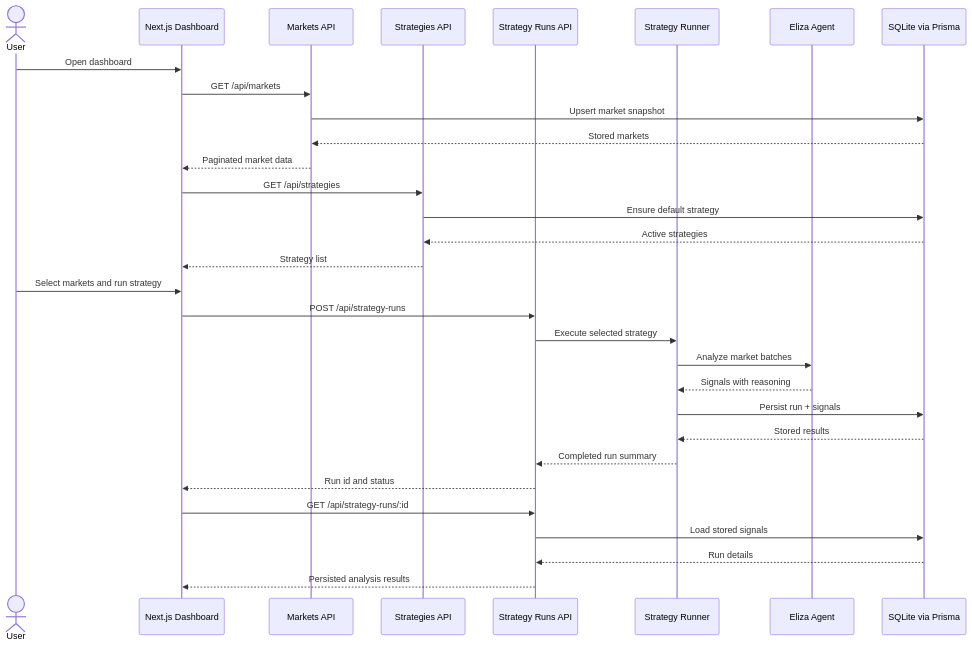
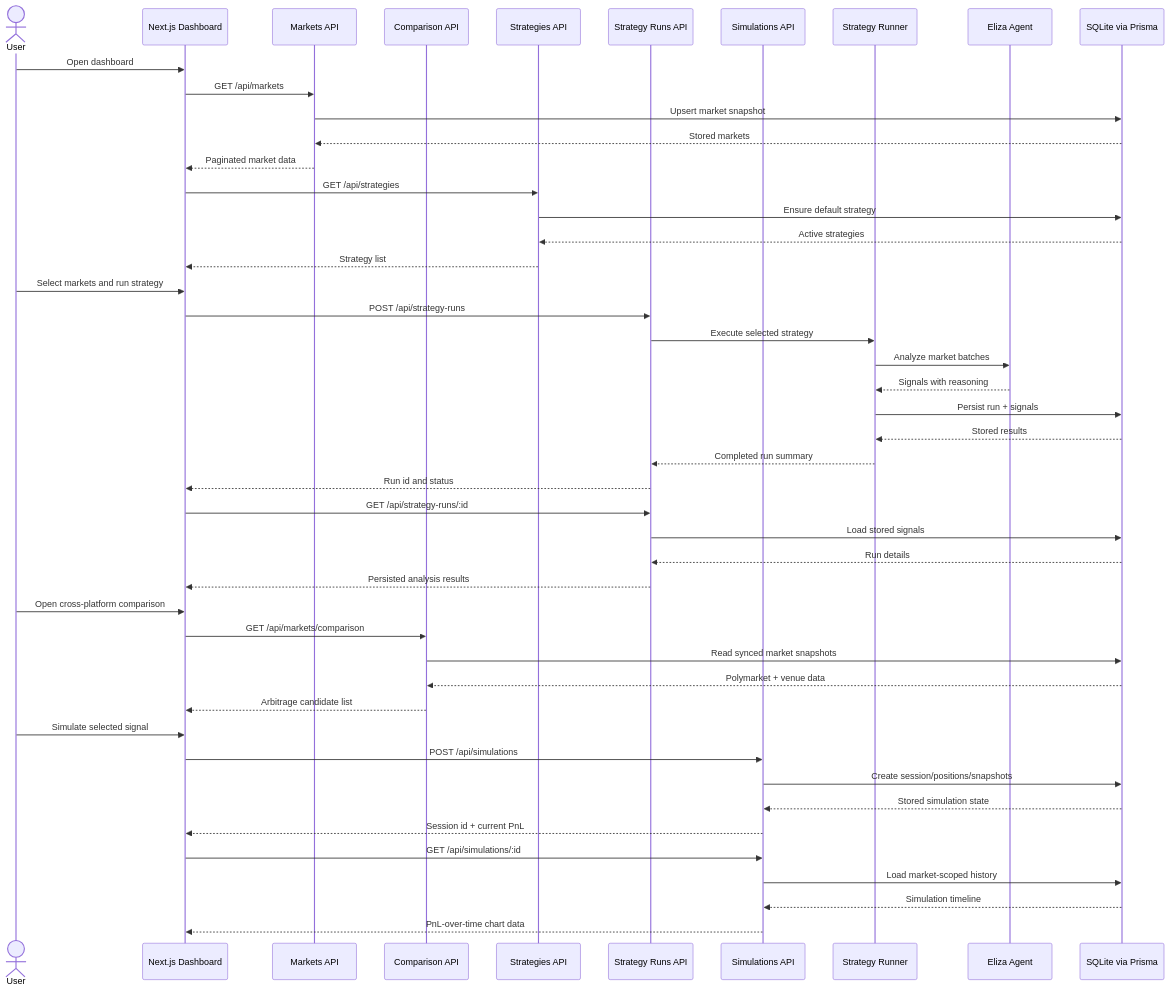
Before and after one commit to pwilson77/agent-challenge: the diagram in polymarket-intelligence-agent/README.md, drawn with Mermaid. The commit also changed other lines of this file and 26 other files, not shown here.

Commit message:
feat: expand market analysis UX, simulations, and nosana config updates

````diff
--- a/polymarket-intelligence-agent/README.md
+++ b/polymarket-intelligence-agent/README.md
@@ -16,34 +27,52 @@
 ```mermaid
 sequenceDiagram
     actor User
     participant UI as Next.js Dashboard
     participant Markets as Markets API
+  participant Compare as Comparison API
     participant Strategies as Strategies API
     participant Runs as Strategy Runs API
+  participant Sims as Simulations API
     participant Runner as Strategy Runner
     participant Eliza as Eliza Agent
     participant DB as SQLite via Prisma
 
     User->>UI: Open dashboard
     UI->>Markets: GET /api/markets
     Markets->>DB: Upsert market snapshot
     DB-->>Markets: Stored markets
     Markets-->>UI: Paginated market data
     UI->>Strategies: GET /api/strategies
     Strategies->>DB: Ensure default strategy
     DB-->>Strategies: Active strategies
     Strategies-->>UI: Strategy list
     User->>UI: Select markets and run strategy
     UI->>Runs: POST /api/strategy-runs
     Runs->>Runner: Execute selected strategy
     Runner->>Eliza: Analyze market batches
     Eliza-->>Runner: Signals with reasoning
     Runner->>DB: Persist run + signals
     DB-->>Runner: Stored results
     Runner-->>Runs: Completed run summary
     Runs-->>UI: Run id and status
     UI->>Runs: GET /api/strategy-runs/:id
     Runs->>DB: Load stored signals
     DB-->>Runs: Run details
     Runs-->>UI: Persisted analysis results
+
+    User->>UI: Open cross-platform comparison
+    UI->>Compare: GET /api/markets/comparison
+    Compare->>DB: Read synced market snapshots
+    DB-->>Compare: Polymarket + venue data
+    Compare-->>UI: Arbitrage candidate list
+
+    User->>UI: Simulate selected signal
+    UI->>Sims: POST /api/simulations
+    Sims->>DB: Create session/positions/snapshots
+    DB-->>Sims: Stored simulation state
+    Sims-->>UI: Session id + current PnL
+    UI->>Sims: GET /api/simulations/:id
+    Sims->>DB: Load market-scoped history
+    DB-->>Sims: Simulation timeline
+    Sims-->>UI: PnL-over-time chart data
 ```
````
